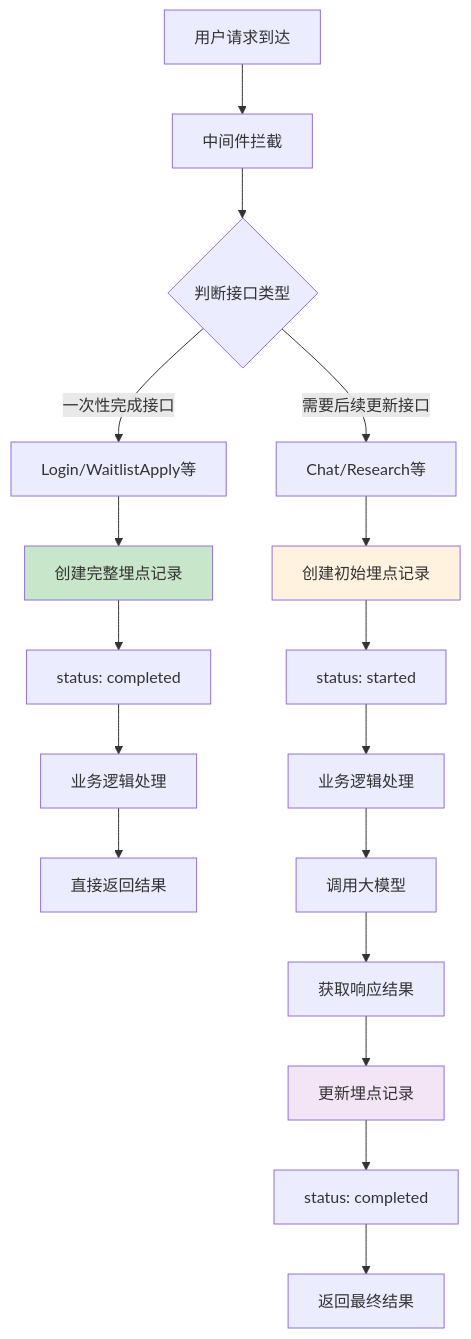
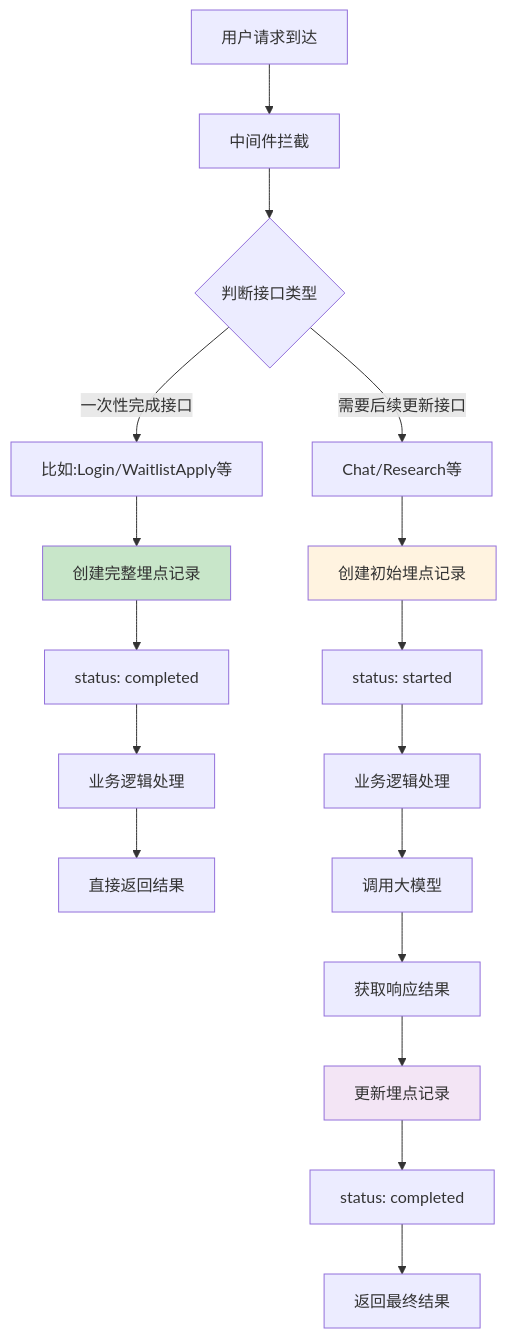
One commit to yingjianzh/iodraw-files changed the diagram in all/未命名-78.md. Above: the diagram before and after it, drawn with Mermaid.

Commit message:
2025-07-08 17:15:35 update

````diff
--- a/all/未命名-78.md
+++ b/all/未命名-78.md
@@ -1,26 +1,26 @@
 ```mermaid
 flowchart TD
     A[用户请求到达] --> B[中间件拦截]
     B --> C{判断接口类型}
     
-    C -->|一次性完成接口| D[Login/WaitlistApply等]
+    C -->|一次性完成接口| D[比如:Login/WaitlistApply等]
     C -->|需要后续更新接口| E[Chat/Research等]
     
     D --> F[创建完整埋点记录]
     F --> G[status: completed]
     G --> H[业务逻辑处理]
     H --> I[直接返回结果]
     
     E --> J[创建初始埋点记录]
     J --> K[status: started]
     K --> L[业务逻辑处理]
     L --> M[调用大模型]
     M --> N[获取响应结果]
     N --> O[更新埋点记录]
     O --> P[status: completed]
     P --> Q[返回最终结果]
     
     style F fill:#c8e6c9
     style J fill:#fff3e0
     style O fill:#f3e5f5
 ```
````
